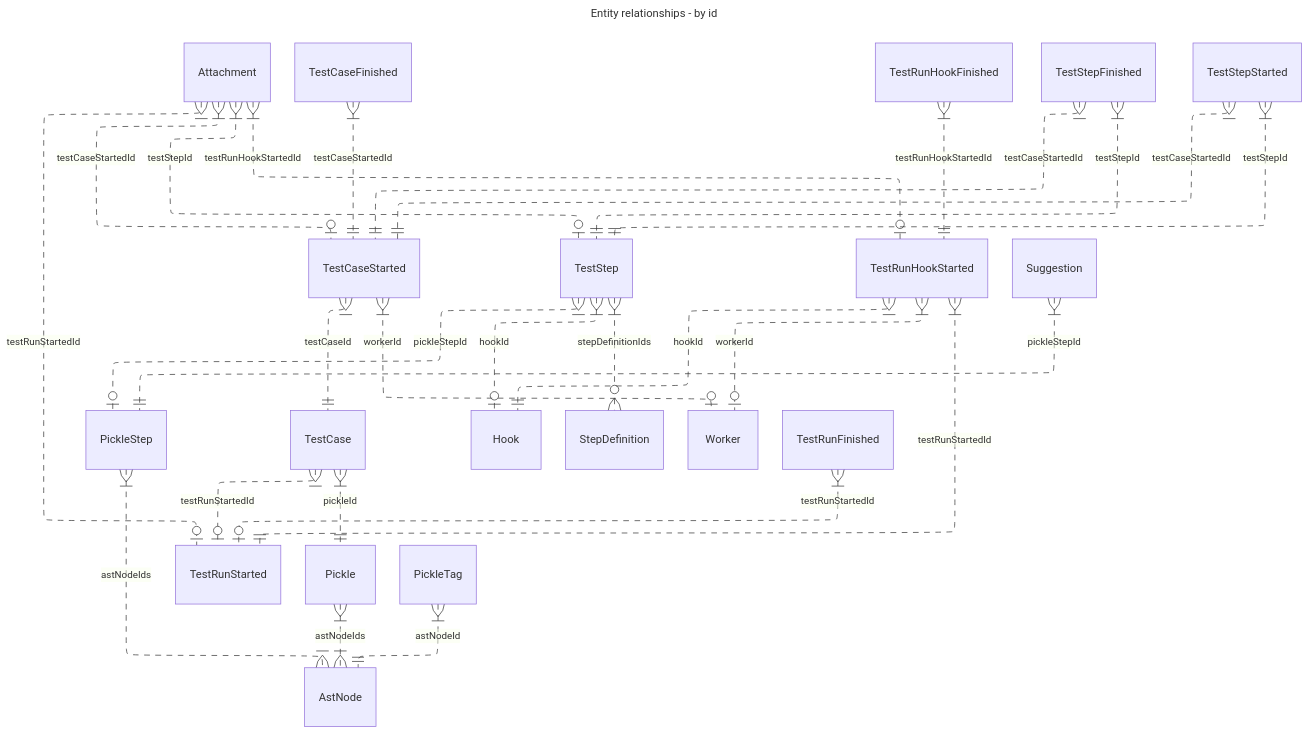
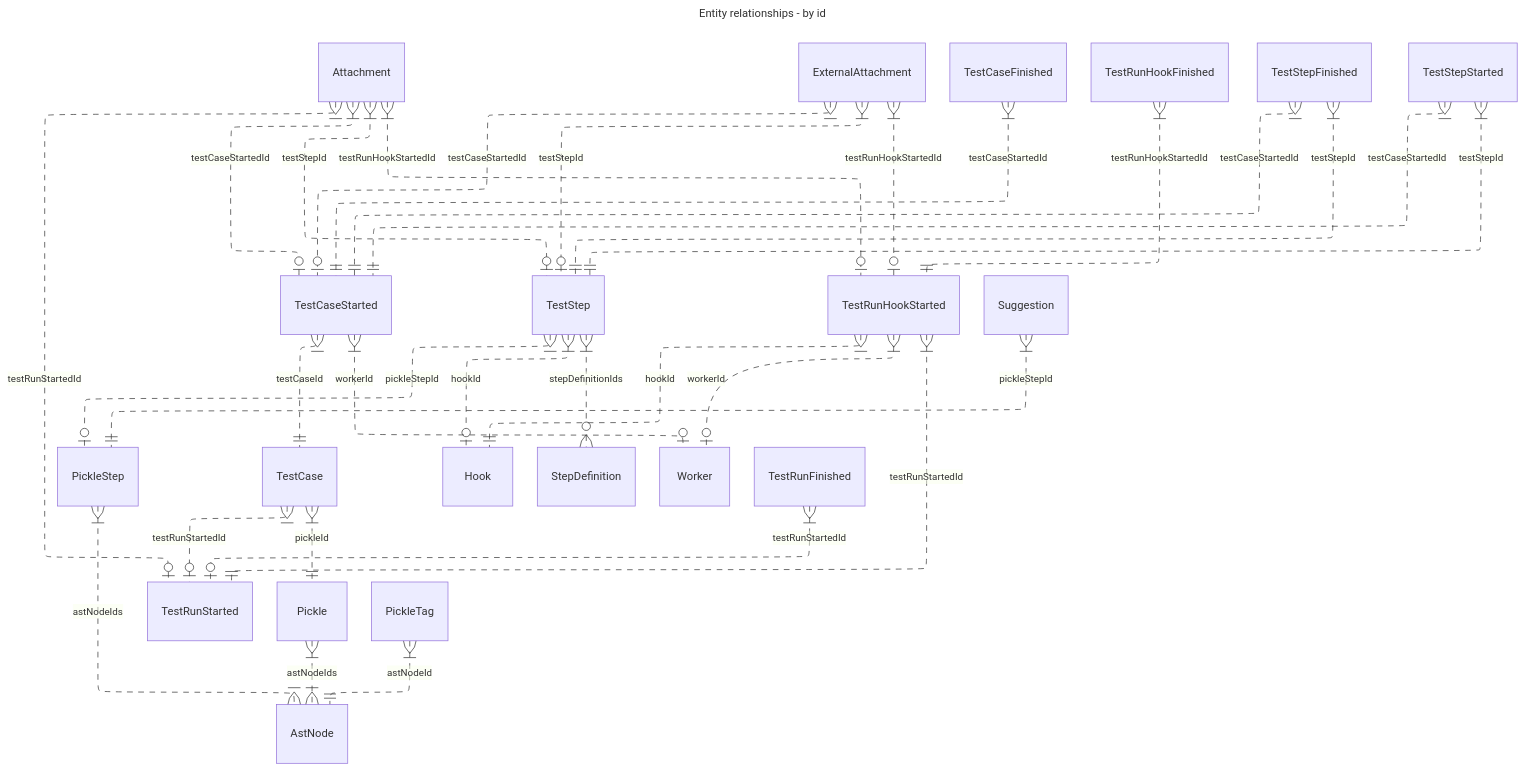
Before and after one commit to cucumber/messages: the first of 2 diagrams in jsonschema/relations.md, drawn with Mermaid. The commit also changed other lines of this file and 24 other files, not shown here.

Commit message:
Add ExternalAttachment, deprecate old fields

````diff
--- a/jsonschema/relations.md
+++ b/jsonschema/relations.md
@@ -11,33 +11,36 @@
 ```mermaid
 ---
 title: Entity relationships  - by id
 config:
     layout: elk
 ---
 erDiagram
 Attachment }|..o| TestCaseStarted: testCaseStartedId
 Attachment }|..o| TestStep: testStepId
 Attachment }|..o| TestRunStarted: testRunStartedId
 Attachment }|..o| TestRunHookStarted: testRunHookStartedId
+ExternalAttachment }|..o| TestStep: testStepId
+ExternalAttachment }|..o| TestCaseStarted: testCaseStartedId
+ExternalAttachment }|..o| TestRunHookStarted: testRunHookStartedId
 Pickle }|..|{ AstNode: astNodeIds
 PickleStep }|..|{ AstNode: astNodeIds
 PickleTag }|..|| AstNode: astNodeId
 Suggestion }|..|| PickleStep: pickleStepId
 TestCase }|..|| Pickle: pickleId
 TestCase }|..o| TestRunStarted: testRunStartedId
 TestStep }|..o| Hook: hookId
 TestStep }|..o| PickleStep: pickleStepId
 TestStep }|..o{ StepDefinition: stepDefinitionIds
 TestCaseFinished }|..|| TestCaseStarted: testCaseStartedId
 TestCaseStarted }|..|| TestCase: testCaseId
 TestCaseStarted }|..o| Worker: workerId
 TestRunFinished }|..o| TestRunStarted: testRunStartedId
 TestRunHookFinished }|..|| TestRunHookStarted: testRunHookStartedId
 TestRunHookStarted }|..|| TestRunStarted: testRunStartedId
 TestRunHookStarted }|..|| Hook: hookId
 TestRunHookStarted }|..o| Worker: workerId
 TestStepFinished }|..|| TestCaseStarted: testCaseStartedId
 TestStepFinished }|..|| TestStep: testStepId
 TestStepStarted }|..|| TestCaseStarted: testCaseStartedId
 TestStepStarted }|..|| TestStep: testStepId
 ```
````
